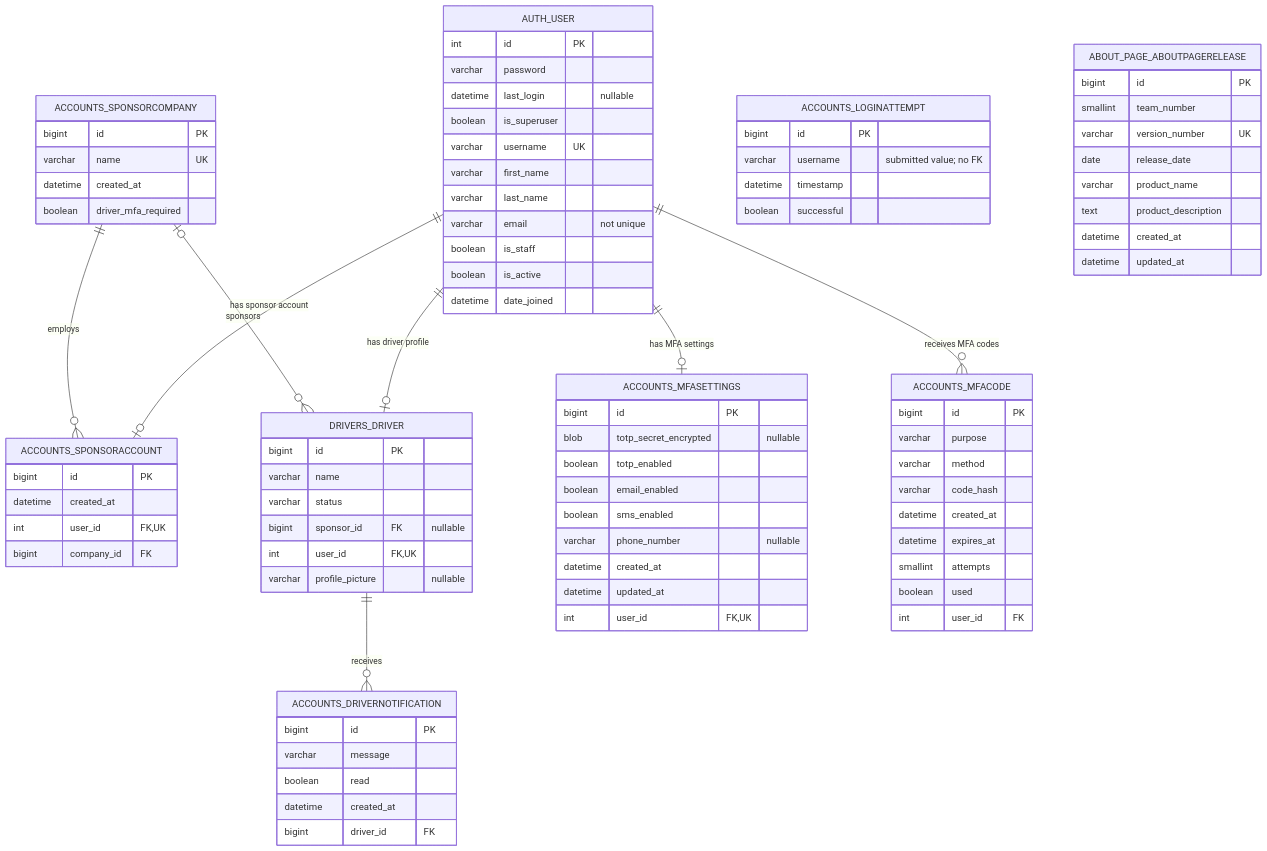
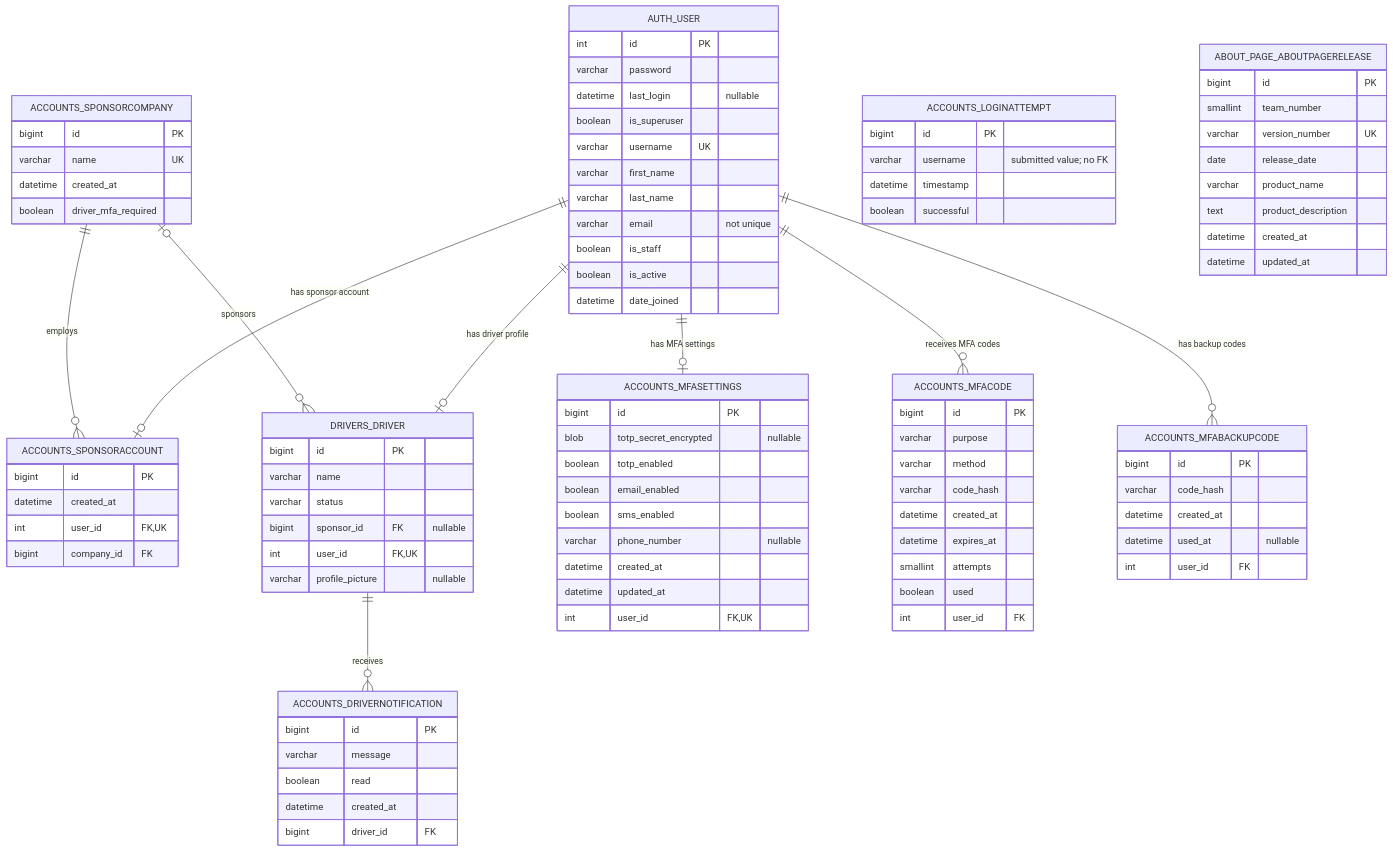
Before and after one commit to Lhomas7/F26-CPSC4910-Team11: the first of 2 diagrams in docs/DATABASE_ERD.md, drawn with Mermaid. The commit also changed other lines of this file, not shown here.

Commit message:
docs: document the MFA backup code table in the ERD

```diff
--- a/docs/DATABASE_ERD.md
+++ b/docs/DATABASE_ERD.md
@@ -69,6 +69,14 @@
         int user_id FK
     }
 
+    ACCOUNTS_MFABACKUPCODE {
+        bigint id PK
+        varchar code_hash
+        datetime created_at
+        datetime used_at "nullable"
+        int user_id FK
+    }
+
     ACCOUNTS_DRIVERNOTIFICATION {
         bigint id PK
         varchar message
@@ -99,6 +107,7 @@
     AUTH_USER ||--o| ACCOUNTS_SPONSORACCOUNT : "has sponsor account"
     AUTH_USER ||--o| ACCOUNTS_MFASETTINGS : "has MFA settings"
     AUTH_USER ||--o{ ACCOUNTS_MFACODE : "receives MFA codes"
+    AUTH_USER ||--o{ ACCOUNTS_MFABACKUPCODE : "has backup codes"
     ACCOUNTS_SPONSORCOMPANY ||--o{ ACCOUNTS_SPONSORACCOUNT : "employs"
     ACCOUNTS_SPONSORCOMPANY o|--o{ DRIVERS_DRIVER : "sponsors"
     DRIVERS_DRIVER ||--o{ ACCOUNTS_DRIVERNOTIFICATION : "receives"
```
